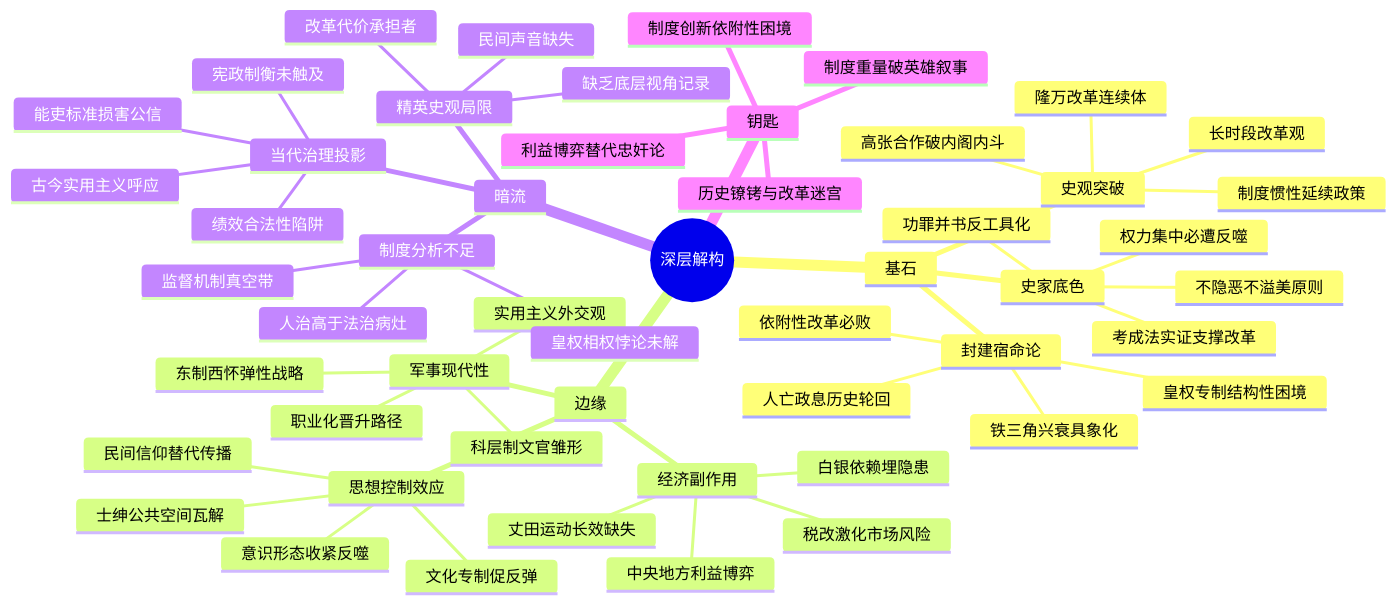
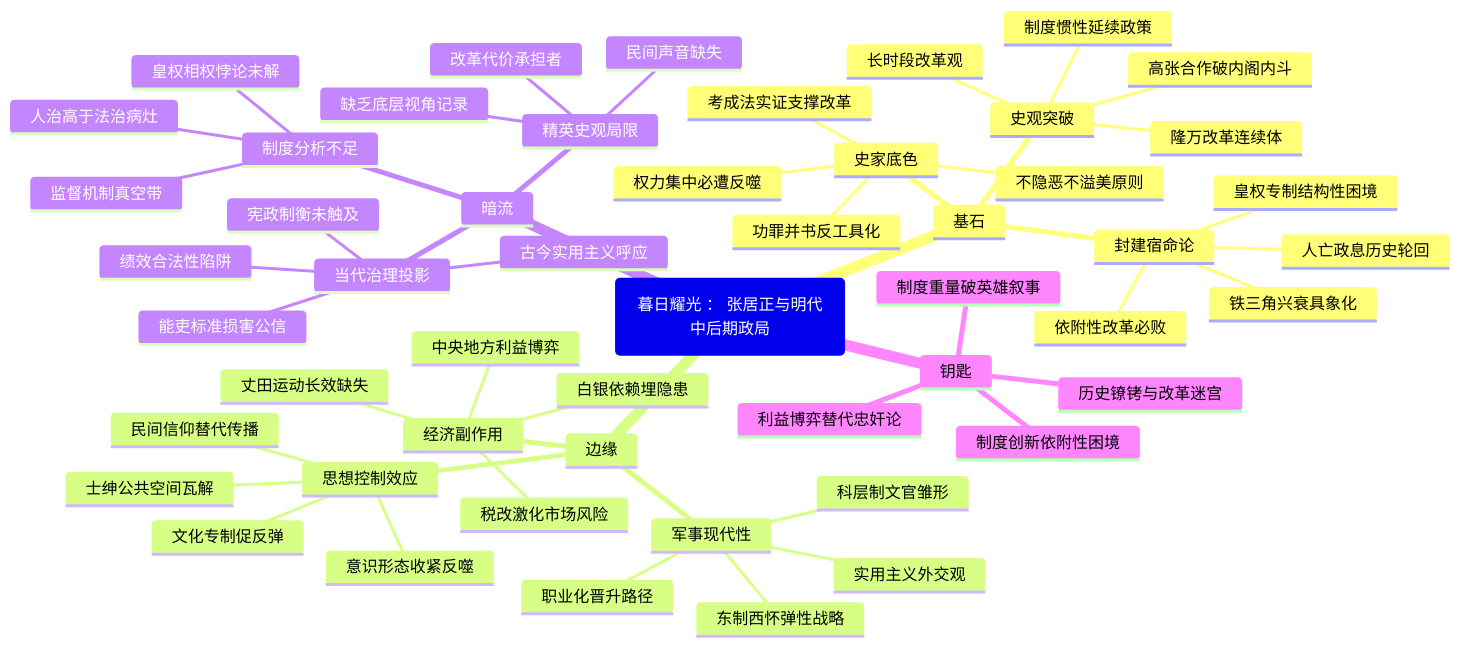
The diagram in 读书/中国历史/暮日耀光 ： 张居正与明代中后期政局.md (funloss/funKnowledge), drawn with Mermaid before and after one commit. The commit also changed 74 other files, not shown here.

````diff
--- a/读书/中国历史/暮日耀光 ： 张居正与明代中后期政局.md
+++ b/读书/中国历史/暮日耀光 ： 张居正与明代中后期政局.md
@@ -2,55 +2,55 @@
 ```mermaid
 mindmap
-  root((深层解构))
+  root(暮日耀光 ： 张居正与明代中后期政局)
     基石
       史家底色
         不隐恶不溢美原则
         考成法实证支撑改革
         权力集中必遭反噬
         功罪并书反工具化
       史观突破
         隆万改革连续体
         高张合作破内阁内斗
         制度惯性延续政策
         长时段改革观
       封建宿命论
         皇权专制结构性困境
         人亡政息历史轮回
         铁三角兴衰具象化
         依附性改革必败
     边缘
       军事现代性
         职业化晋升路径
         东制西怀弹性战略
         科层制文官雏形
         实用主义外交观
       经济副作用
         白银依赖埋隐患
         丈田运动长效缺失
         中央地方利益博弈
         税改激化市场风险
       思想控制效应
         士绅公共空间瓦解
         民间信仰替代传播
         文化专制促反弹
         意识形态收紧反噬
     暗流
       精英史观局限
         缺乏底层视角记录
         民间声音缺失
         改革代价承担者
       制度分析不足
         皇权相权悖论未解
         监督机制真空带
         人治高于法治病灶
       当代治理投影
         绩效合法性陷阱
         能吏标准损害公信
         宪政制衡未触及
         古今实用主义呼应
     钥匙
       制度重量破英雄叙事
       利益博弈替代忠奸论
       制度创新依附性困境
       历史镣铐与改革迷宫
 ``` 
````
